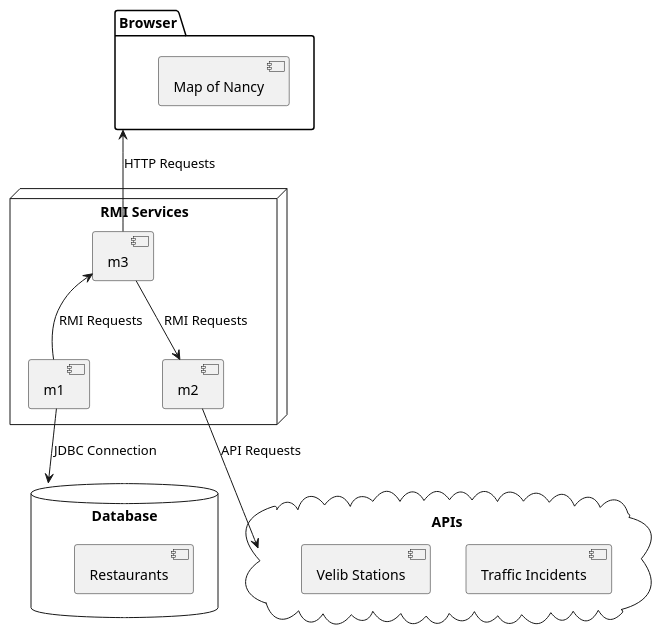
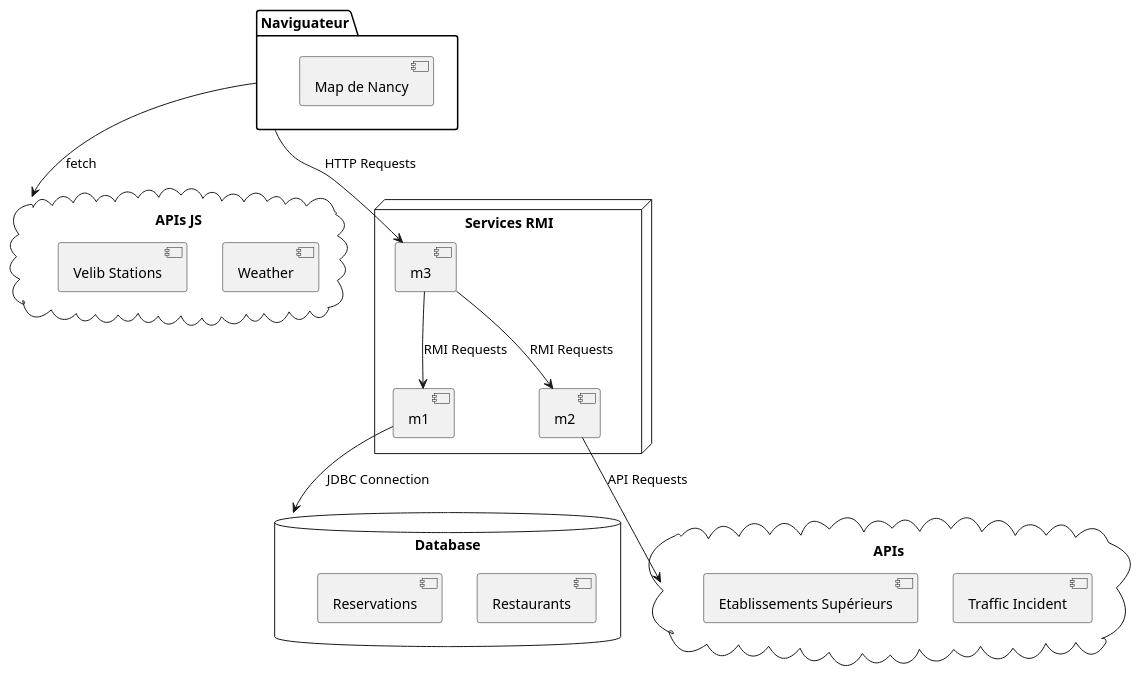
One commit to Tomtom5468/SAE_appli-repartie changed the diagram in diagramme.puml. Above: the diagram before and after it, drawn with PlantUML. The commit also changed 2 other files, not shown here.

Commit message:
Création du diagramme plantuml et diagramme de l'application

```diff
--- a/diagramme.puml
+++ b/diagramme.puml
@@ -1,28 +1,35 @@
 @startuml
 
-package "Browser" {
-  [Map of Nancy]
+package "Naviguateur" {
+  [Map de Nancy]
 }
 
 database "Database" {
   [Restaurants]
+  [Reservations]
+}
+
+cloud "APIs JS" {
+  [Weather]
+  [Velib Stations]
 }
 
 cloud "APIs" {
-  [Traffic Incidents]
-  [Velib Stations]
+  [Traffic Incident]
+  [Etablissements Supérieurs]
 }
 
-node "RMI Services" {
+node "Services RMI" {
   [m1]
   [m2]
   [m3]
 }
 
-Browser <-- m3 : HTTP Requests
+"Naviguateur" --> m3 : HTTP Requests
+"Naviguateur" --> "APIs JS" : fetch
 m3 --> m2 : RMI Requests
 m2 --> APIs : API Requests
 m1 --> Database : JDBC Connection
-m3 <-- m1 : RMI Requests
+m3 --> m1 : RMI Requests
 
 @enduml
```
